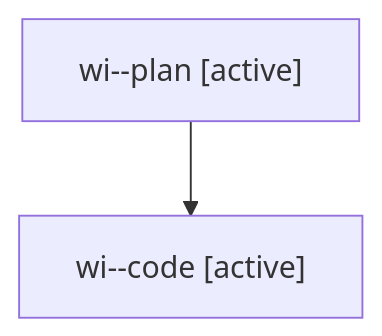
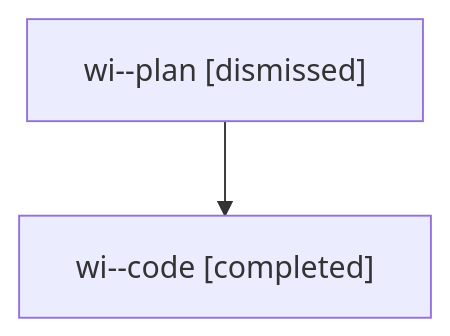
Before and after one commit to sase-org/sase--agents: the diagram in families/bbugyi200.athena.wi.md, drawn with Mermaid. The commit also changed other lines of this file and 1497 other files, not shown here.

````diff
--- a/families/bbugyi200.athena.wi.md
+++ b/families/bbugyi200.athena.wi.md
@@ -9,6 +9,6 @@
 ```mermaid
 flowchart TD
-  n0["wi--plan [active]"]
-  n1["wi--code [active]"]
+  n0["wi--plan [dismissed]"]
+  n1["wi--code [completed]"]
   n0 --> n1
 ```
````
